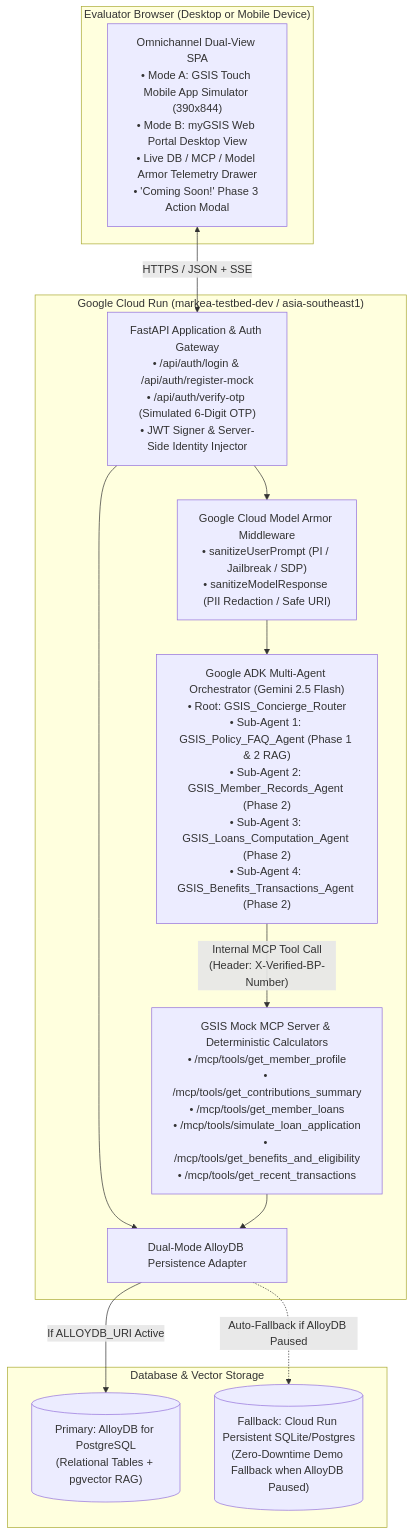
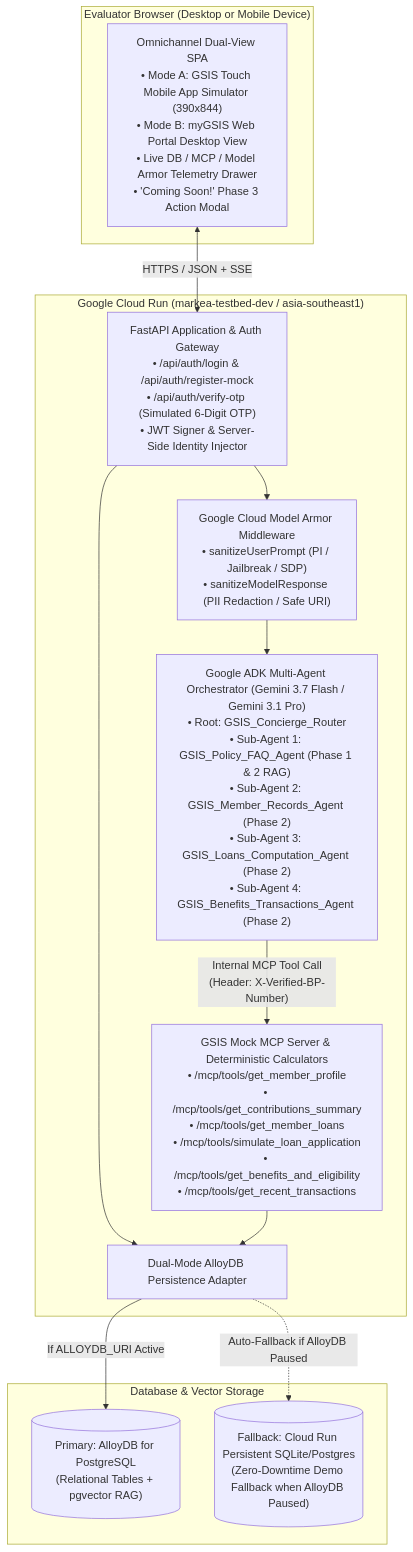
Before and after one commit to markea/gsis-chatbot-demo-2026: the first of 3 diagrams in 02_TDD_GSIS_CHATBOT_DEMO_MOCK_ARCHITECTURE.md, drawn with Mermaid. The commit also changed other lines of this file and 3 other files, not shown here.

Commit message:
docs: update foundation model specifications to Gemini 3.1 Pro and Gemini 3.7 Flash across BRD and TDDs

````diff
--- a/02_TDD_GSIS_CHATBOT_DEMO_MOCK_ARCHITECTURE.md
+++ b/02_TDD_GSIS_CHATBOT_DEMO_MOCK_ARCHITECTURE.md
@@ -51,27 +51,27 @@
 ```mermaid
 flowchart TB
     subgraph Browser["Evaluator Browser (Desktop or Mobile Device)"]
         DualUI["Omnichannel Dual-View SPA\n• Mode A: GSIS Touch Mobile App Simulator (390x844)\n• Mode B: myGSIS Web Portal Desktop View\n• Live DB / MCP / Model Armor Telemetry Drawer\n• 'Coming Soon!' Phase 3 Action Modal"]
     end
 
     subgraph CloudRun["Google Cloud Run (markea-testbed-dev / asia-southeast1)"]
         FastAPI["FastAPI Application & Auth Gateway\n• /api/auth/login & /api/auth/register-mock\n• /api/auth/verify-otp (Simulated 6-Digit OTP)\n• JWT Signer & Server-Side Identity Injector"]
         MA_Gate["Google Cloud Model Armor Middleware\n• sanitizeUserPrompt (PI / Jailbreak / SDP)\n• sanitizeModelResponse (PII Redaction / Safe URI)"]
-        ADK_Core["Google ADK Multi-Agent Orchestrator (Gemini 2.5 Flash)\n• Root: GSIS_Concierge_Router\n• Sub-Agent 1: GSIS_Policy_FAQ_Agent (Phase 1 & 2 RAG)\n• Sub-Agent 2: GSIS_Member_Records_Agent (Phase 2)\n• Sub-Agent 3: GSIS_Loans_Computation_Agent (Phase 2)\n• Sub-Agent 4: GSIS_Benefits_Transactions_Agent (Phase 2)"]
+        ADK_Core["Google ADK Multi-Agent Orchestrator (Gemini 3.7 Flash / Gemini 3.1 Pro)\n• Root: GSIS_Concierge_Router\n• Sub-Agent 1: GSIS_Policy_FAQ_Agent (Phase 1 & 2 RAG)\n• Sub-Agent 2: GSIS_Member_Records_Agent (Phase 2)\n• Sub-Agent 3: GSIS_Loans_Computation_Agent (Phase 2)\n• Sub-Agent 4: GSIS_Benefits_Transactions_Agent (Phase 2)"]
         MCP_Srv["GSIS Mock MCP Server & Deterministic Calculators\n• /mcp/tools/get_member_profile\n• /mcp/tools/get_contributions_summary\n• /mcp/tools/get_member_loans\n• /mcp/tools/simulate_loan_application\n• /mcp/tools/get_benefits_and_eligibility\n• /mcp/tools/get_recent_transactions"]
         DB_Adapter["Dual-Mode AlloyDB Persistence Adapter"]
     end
 
     subgraph StorageLayer["Database & Vector Storage"]
         AlloyDB[("Primary: AlloyDB for PostgreSQL\n(Relational Tables + pgvector RAG)")]
         LocalDB[("Fallback: Cloud Run Persistent SQLite/Postgres\n(Zero-Downtime Demo Fallback when AlloyDB Paused)")]
     end
 
     DualUI <-->|"HTTPS / JSON + SSE"| FastAPI
     FastAPI --> MA_Gate
     MA_Gate --> ADK_Core
     ADK_Core -->|"Internal MCP Tool Call\n(Header: X-Verified-BP-Number)"| MCP_Srv
     FastAPI & MCP_Srv --> DB_Adapter
     DB_Adapter -->|"If ALLOYDB_URI Active"| AlloyDB
     DB_Adapter -.->|"Auto-Fallback if AlloyDB Paused"| LocalDB
 ```
````
